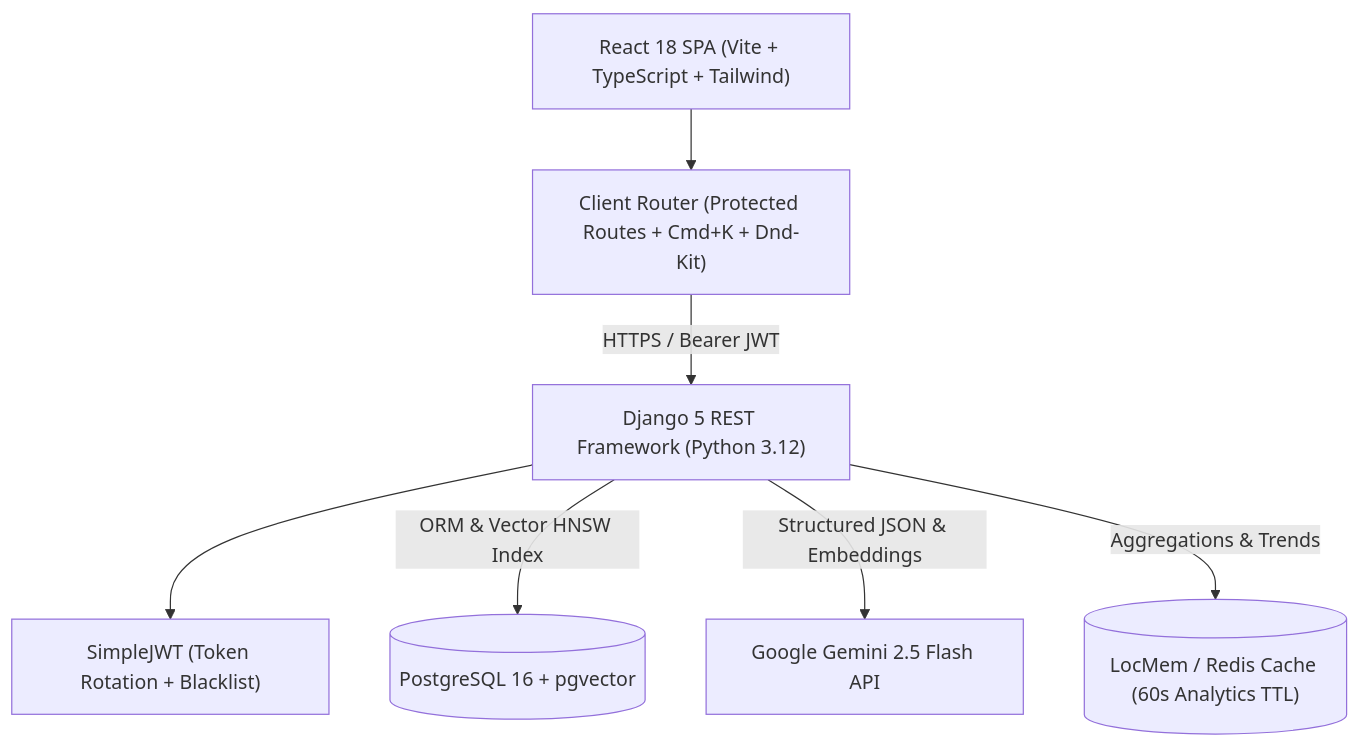
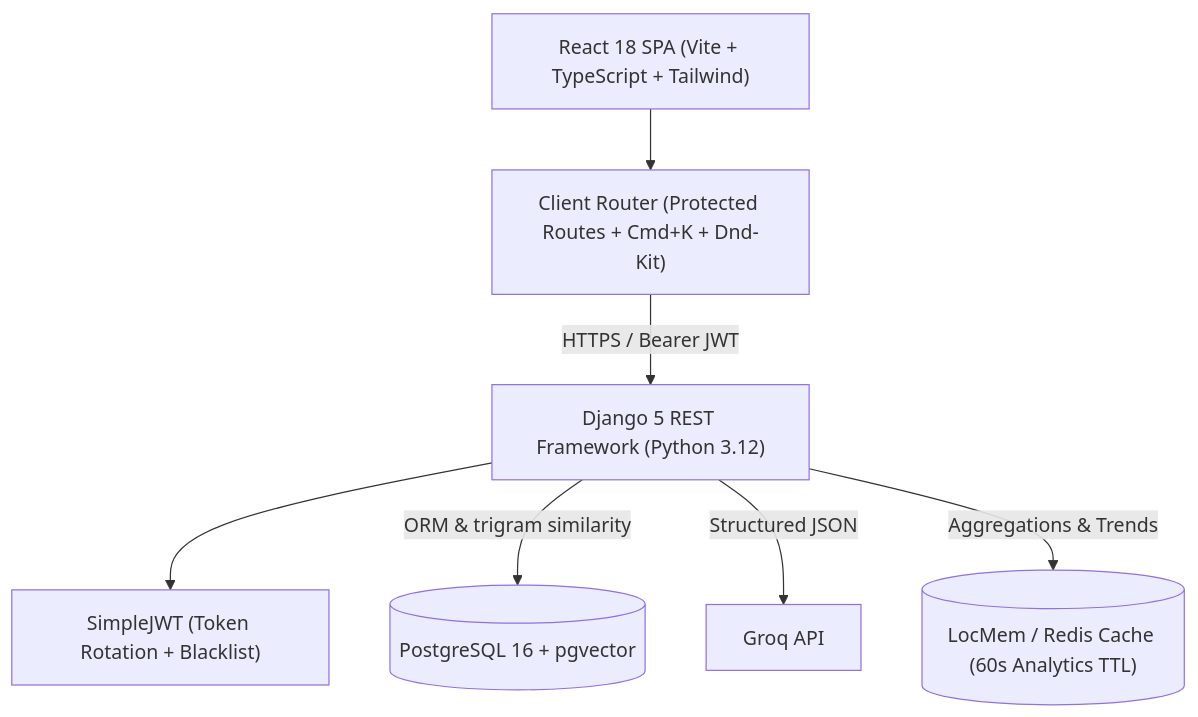
Before and after one commit to meetsojitra08/bugsence: the first of 2 diagrams in README.md, drawn with Mermaid. The commit also changed other lines of this file and 59 other files, not shown here.

````diff
--- a/README.md
+++ b/README.md
@@ -34,17 +33,17 @@
 ```mermaid
 flowchart TD
     Client["React 18 SPA (Vite + TypeScript + Tailwind)"]
     Router["Client Router (Protected Routes + Cmd+K + Dnd-Kit)"]
     API["Django 5 REST Framework (Python 3.12)"]
     Auth["SimpleJWT (Token Rotation + Blacklist)"]
     Postgres[("PostgreSQL 16 + pgvector")]
-    Gemini["Google Gemini 2.5 Flash API"]
+    Groq["Groq API"]
     Cache[("LocMem / Redis Cache (60s Analytics TTL)")]
 
     Client --> Router
     Router -->|"HTTPS / Bearer JWT"| API
     API --> Auth
-    API -->|"ORM & Vector HNSW Index"| Postgres
-    API -->|"Structured JSON & Embeddings"| Gemini
+    API -->|"ORM & trigram similarity"| Postgres
+    API -->|"Structured JSON"| Groq
     API -->|"Aggregations & Trends"| Cache
 ```
````
